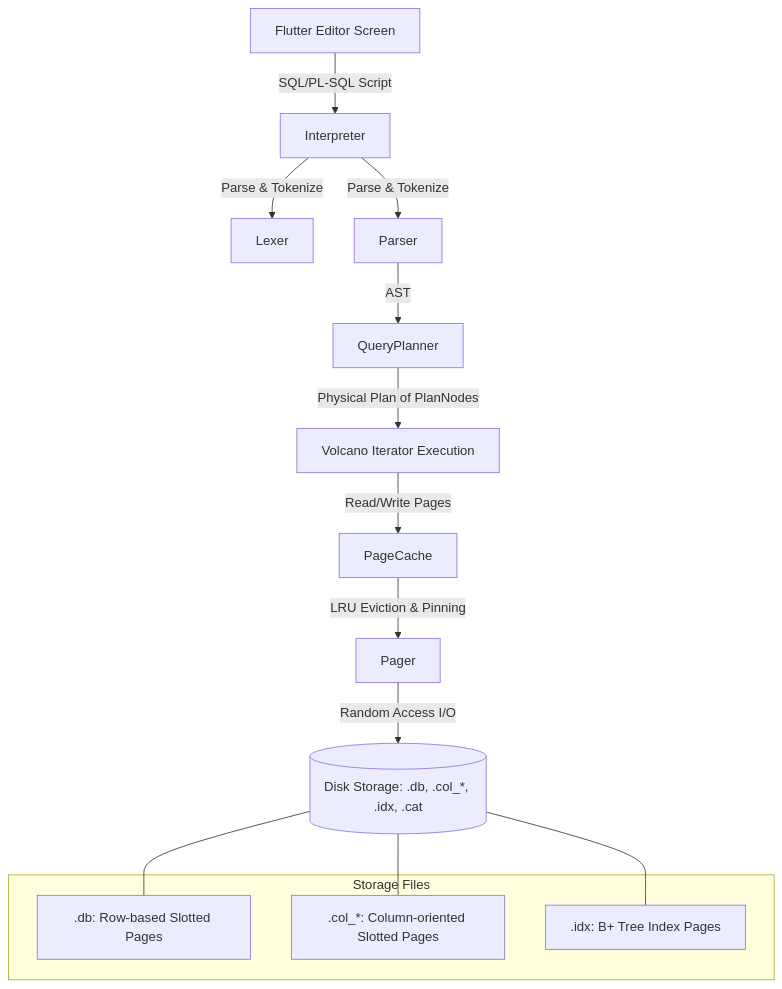
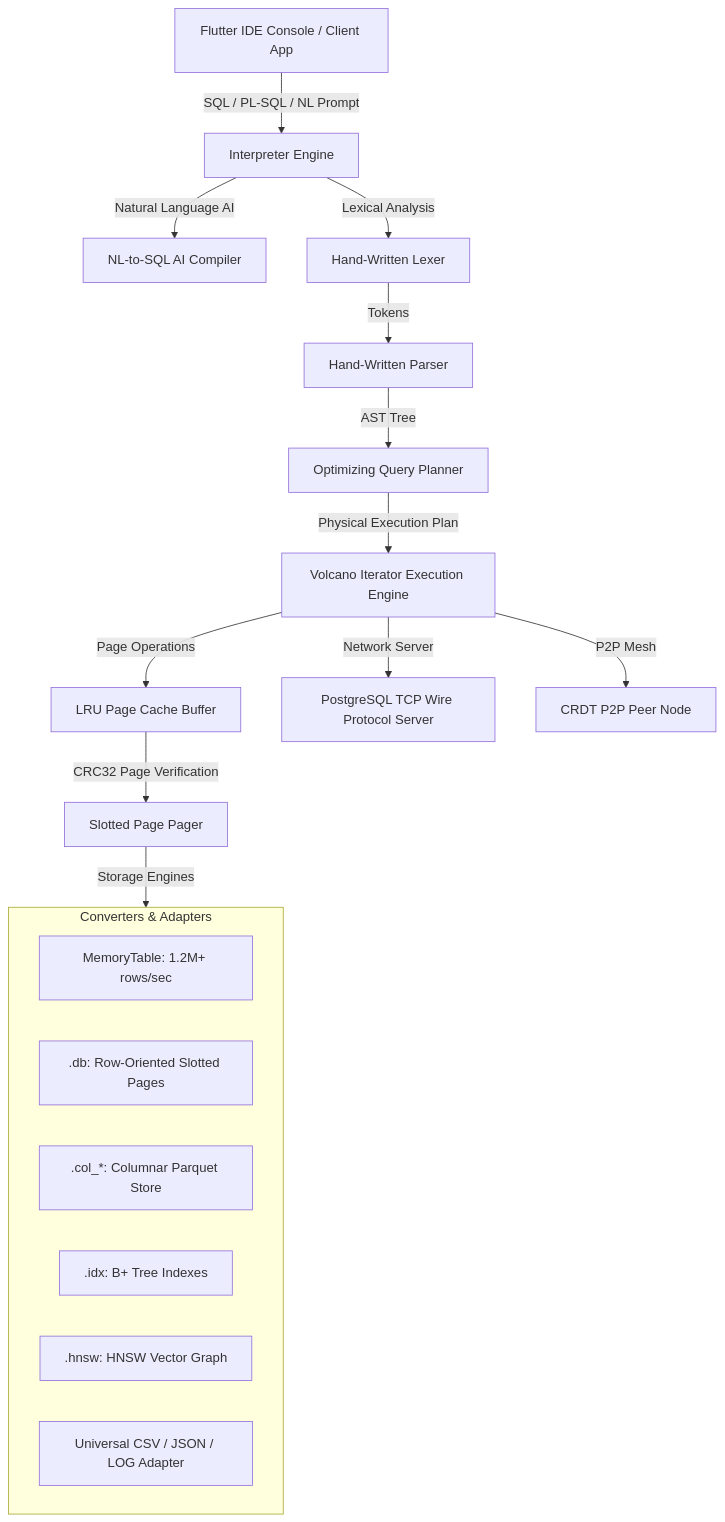
One commit to ompatel3158/ULTSQL changed the diagram in README.md. Above: the diagram before and after it, drawn with Mermaid. The commit also changed other lines of this file, not shown here.

Commit message:
docs: add comprehensive README documentation covering architecture, 15 innovations, storage modes, benchmarks, and API guides

````diff
--- a/README.md
+++ b/README.md
@@ -11,19 +31,25 @@
 ```mermaid
 graph TD
-    UI[Flutter Editor Screen] -->|SQL/PL-SQL Script| Interpreter
-    Interpreter[Interpreter] -->|Parse & Tokenize| Lexer & Parser
-    Parser -->|AST| QueryPlanner[QueryPlanner]
-    QueryPlanner -->|Physical Plan of PlanNodes| VolcanoEngine[Volcano Iterator Execution]
-    VolcanoEngine -->|Read/Write Pages| PageCache[PageCache]
-    PageCache -->|LRU Eviction & Pinning| Pager[Pager]
-    Pager -->|Random Access I/O| Disk[(Disk Storage: .db, .col_*, .idx, .cat)]
+    UI[Flutter IDE Console / Client App] -->|SQL / PL-SQL / NL Prompt| Interpreter[Interpreter Engine]
+    Interpreter -->|Natural Language AI| NlEngine[NL-to-SQL AI Compiler]
+    Interpreter -->|Lexical Analysis| Lexer[Hand-Written Lexer]
+    Lexer -->|Tokens| Parser[Hand-Written Parser]
+    Parser -->|AST Tree| QueryPlanner[Optimizing Query Planner]
+    QueryPlanner -->|Physical Execution Plan| VolcanoEngine[Volcano Iterator Execution Engine]
     
-    subgraph Storage Files
-      RowStore[.db: Row-based Slotted Pages]
-      ColumnStore[.col_*: Column-oriented Slotted Pages]
-      BTreeIndex[.idx: B+ Tree Index Pages]
+    VolcanoEngine -->|Page Operations| PageCache[LRU Page Cache Buffer]
+    PageCache -->|CRC32 Page Verification| Pager[Slotted Page Pager]
+    Pager -->|Storage Engines| StorageAdapters
+    
+    subgraph StorageAdapters[Converters & Adapters]
+      MemoryStore[MemoryTable: 1.2M+ rows/sec]
+      RowStore[.db: Row-Oriented Slotted Pages]
+      ColumnStore[.col_*: Columnar Parquet Store]
+      BTreeIndex[.idx: B+ Tree Indexes]
+      HnswIndex[.hnsw: HNSW Vector Graph]
+      FileAdapter[Universal CSV / JSON / LOG Adapter]
     end
-    Disk --- RowStore
-    Disk --- ColumnStore
-    Disk --- BTreeIndex
+    
+    VolcanoEngine -->|Network Server| PgWireServer[PostgreSQL TCP Wire Protocol Server]
+    VolcanoEngine -->|P2P Mesh| P2pNode[CRDT P2P Peer Node]
 ```
````
